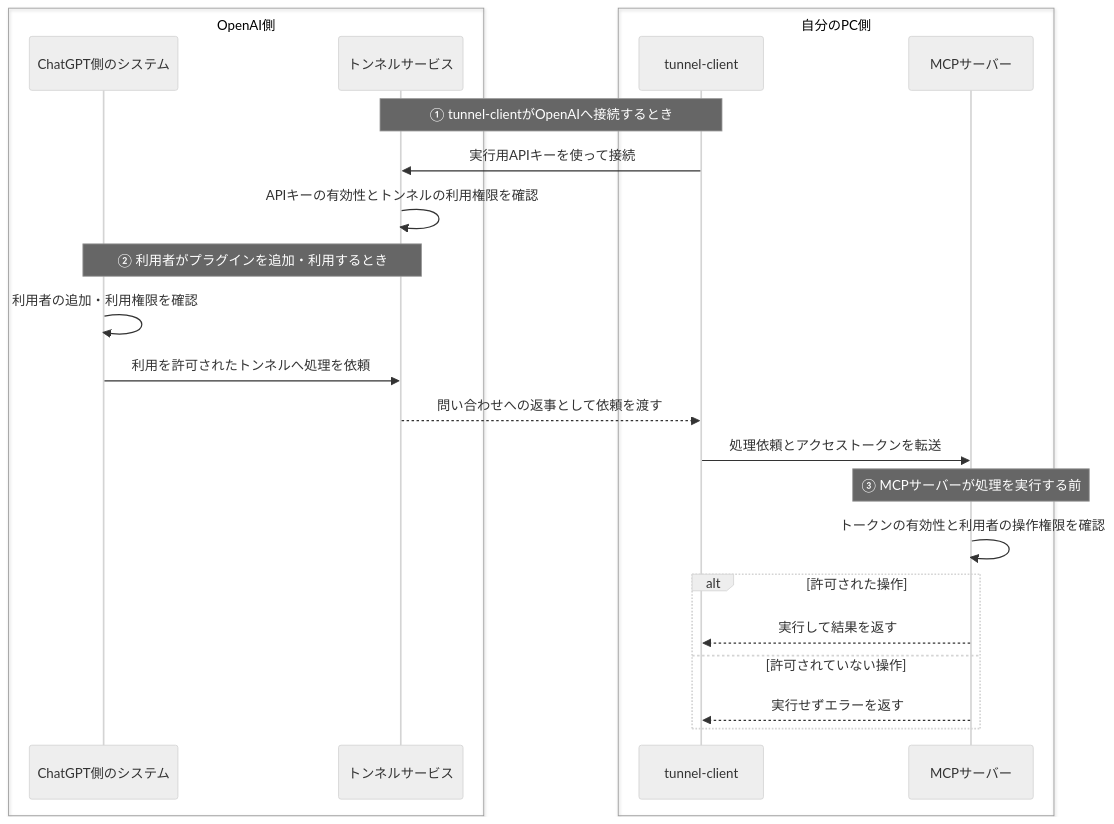
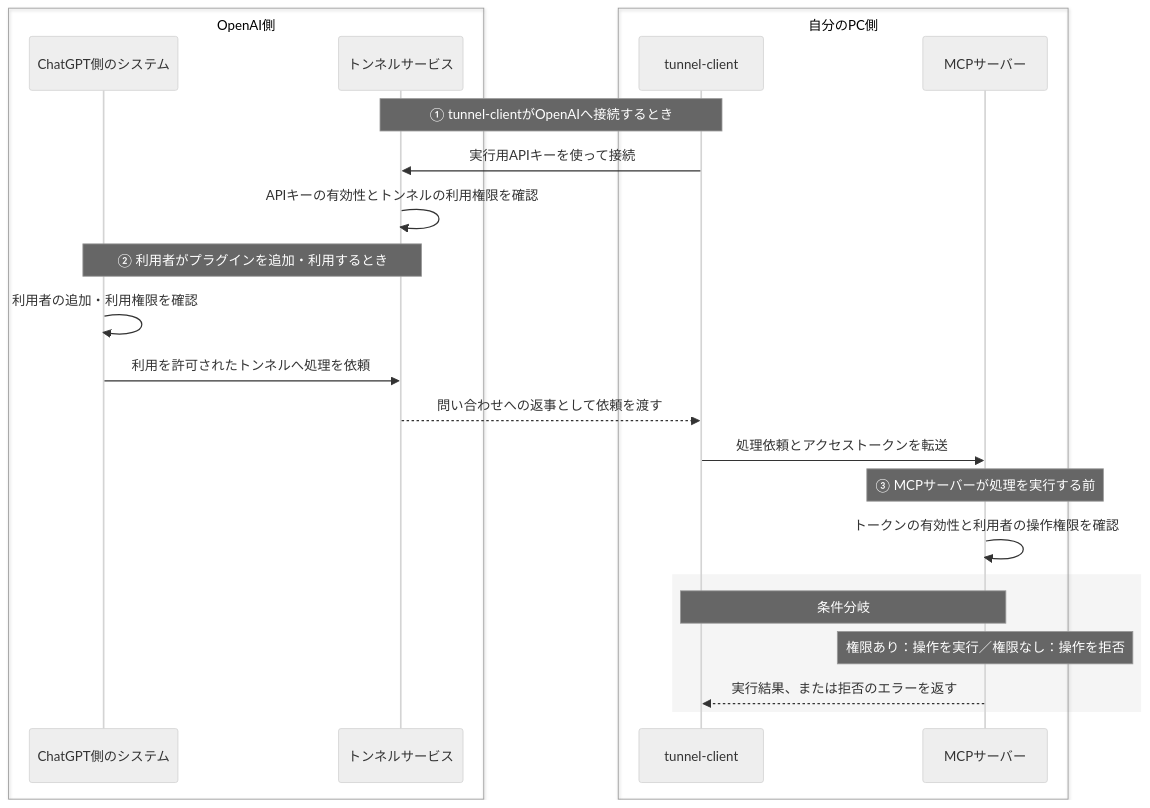
One commit to kkoch5t2/zenn-contents changed the third of 4 diagrams in articles/openai-secure-mcp-tunnel.md. Above: the diagram before and after it, drawn with Mermaid (neutral theme). The commit also changed other lines of this file, not shown here.

Commit message:
docs: label diagram alternatives in Japanese

````diff
--- a/articles/openai-secure-mcp-tunnel.md
+++ b/articles/openai-secure-mcp-tunnel.md
@@ -157,29 +157,29 @@
 ```mermaid
 sequenceDiagram
     box OpenAI側
         participant CHAT as ChatGPT側のシステム
         participant TUNNEL as トンネルサービス
     end
     box 自分のPC側
         participant LOCAL as tunnel-client
         participant SERVER as MCPサーバー
     end
 
     Note over TUNNEL,LOCAL: ① tunnel-clientがOpenAIへ接続するとき
     LOCAL->>TUNNEL: 実行用APIキーを使って接続
     TUNNEL->>TUNNEL: APIキーの有効性とトンネルの利用権限を確認
 
     Note over CHAT,TUNNEL: ② 利用者がプラグインを追加・利用するとき
     CHAT->>CHAT: 利用者の追加・利用権限を確認
     CHAT->>TUNNEL: 利用を許可されたトンネルへ処理を依頼
     TUNNEL-->>LOCAL: 問い合わせへの返事として依頼を渡す
     LOCAL->>SERVER: 処理依頼とアクセストークンを転送
 
     Note over SERVER: ③ MCPサーバーが処理を実行する前
     SERVER->>SERVER: トークンの有効性と利用者の操作権限を確認
-    alt 許可された操作
-        SERVER-->>LOCAL: 実行して結果を返す
-    else 許可されていない操作
-        SERVER-->>LOCAL: 実行せずエラーを返す
+    rect rgba(128, 128, 128, 0.08)
+        Note over LOCAL,SERVER: 条件分岐
+        Note over SERVER: 権限あり：操作を実行／権限なし：操作を拒否
+        SERVER-->>LOCAL: 実行結果、または拒否のエラーを返す
     end
 ```
````
